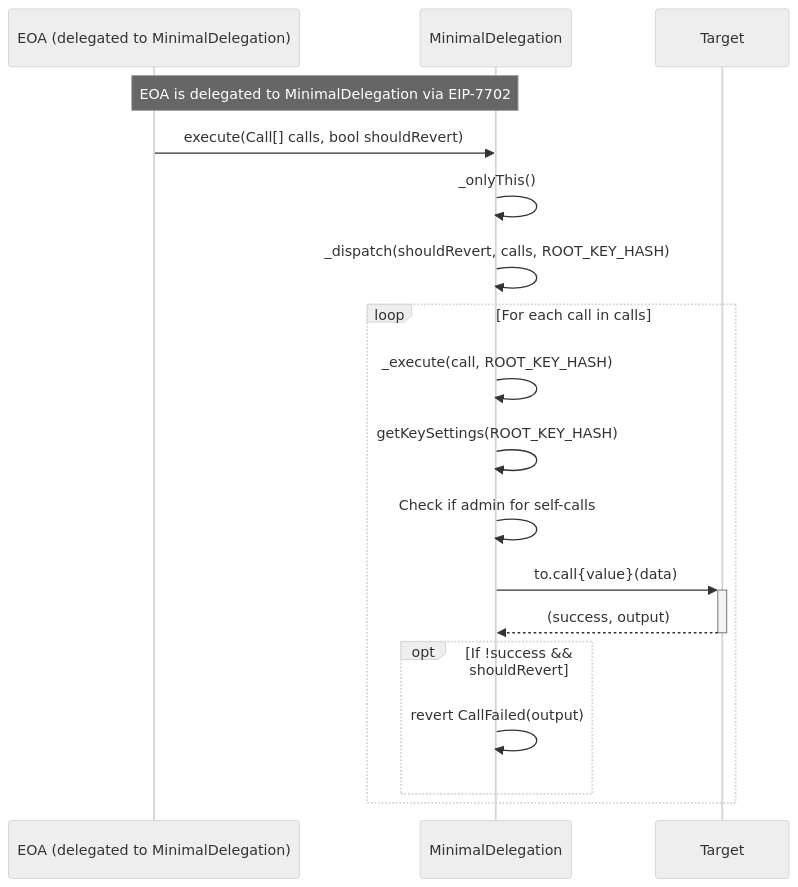
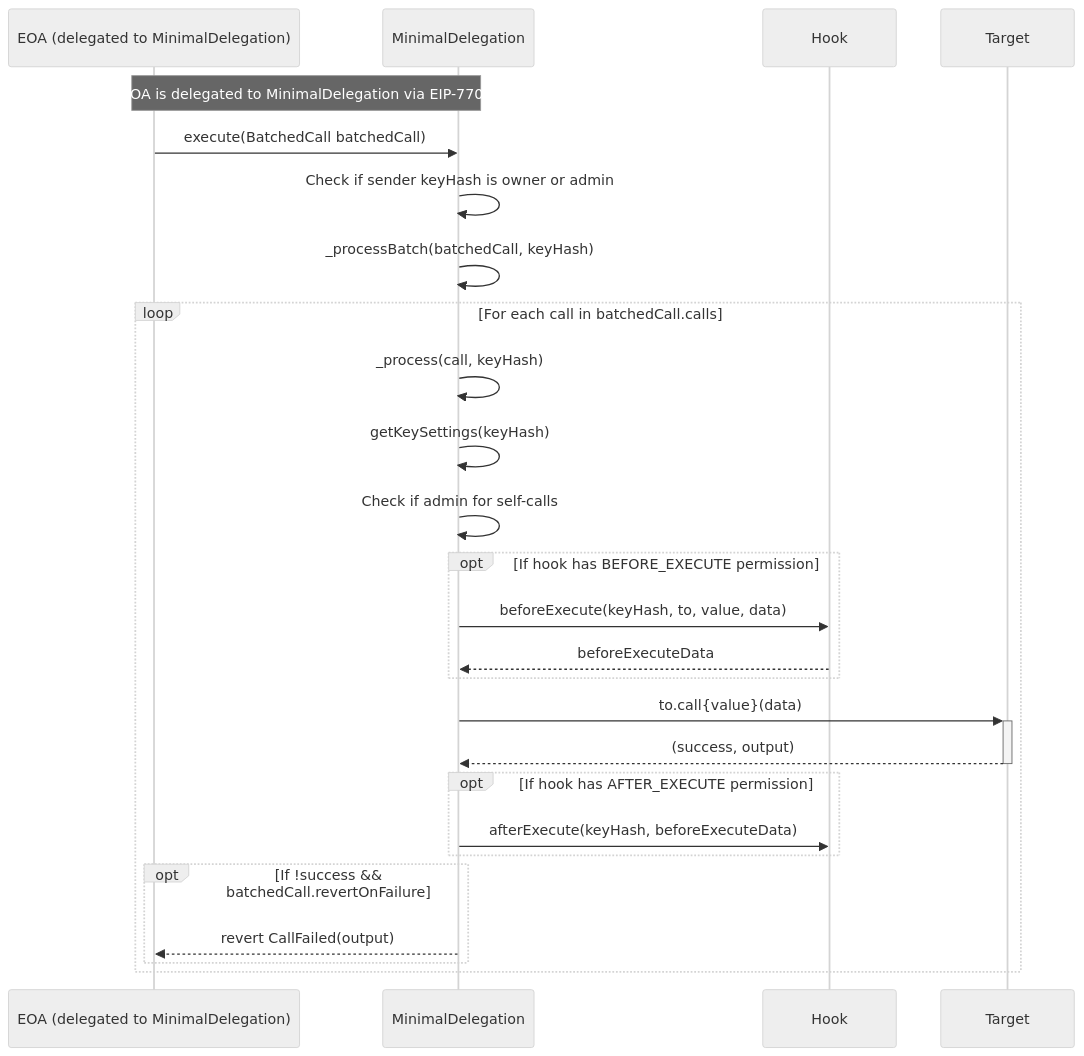
One commit to Uniswap/minimal-delegation changed the second of 7 diagrams in README.md. Above: the diagram before and after it, drawn with Mermaid (neutral theme). The commit also changed other lines of this file, not shown here.

Commit message:
new diagrams

````diff
--- a/README.md
+++ b/README.md
@@ -57,21 +62,33 @@
 ```mermaid
 sequenceDiagram
     participant SignerAccount as EOA (delegated to MinimalDelegation)
     participant Account as MinimalDelegation
+    participant Hook
     participant Target
     
     Note over SignerAccount, Account: EOA is delegated to MinimalDelegation via EIP-7702
-    SignerAccount->>Account: execute(Call[] calls, bool shouldRevert)
-    Account->>Account: _onlyThis()
-    Account->>Account: _dispatch(shouldRevert, calls, ROOT_KEY_HASH)
-    loop For each call in calls
-        Account->>Account: _execute(call, ROOT_KEY_HASH)
-        Account->>Account: getKeySettings(ROOT_KEY_HASH)
+    SignerAccount->>Account: execute(BatchedCall batchedCall)
+    Account->>Account: Check if sender keyHash is owner or admin
+    Account->>Account: _processBatch(batchedCall, keyHash)
+    loop For each call in batchedCall.calls
+        Account->>Account: _process(call, keyHash)
+        Account->>Account: getKeySettings(keyHash)
         Account->>Account: Check if admin for self-calls
+        
+        opt If hook has BEFORE_EXECUTE permission
+            Account->>Hook: beforeExecute(keyHash, to, value, data)
+            Hook-->>Account: beforeExecuteData
+        end
+        
         Account->>+Target: to.call{value}(data)
         Target-->>-Account: (success, output)
-        opt If !success && shouldRevert
-            Account->>Account: revert CallFailed(output)
+        
+        opt If hook has AFTER_EXECUTE permission
+            Account->>Hook: afterExecute(keyHash, beforeExecuteData)
+        end
+        
+        opt If !success && batchedCall.revertOnFailure
+            Account-->>SignerAccount: revert CallFailed(output)
         end
     end
 ```
````
